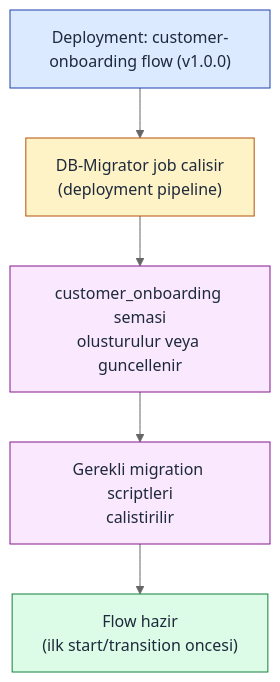
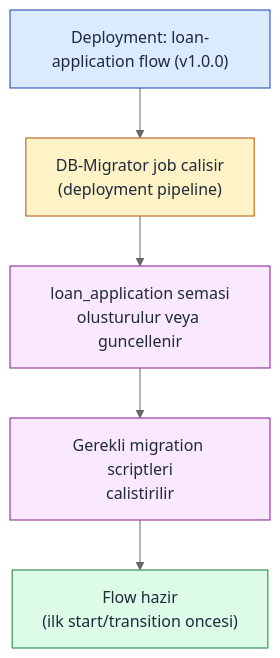
The third of 7 diagrams in architecture/data/database.md (burgan-tech/vnext-docs), drawn with Mermaid (neutral theme) before and after one commit. The commit also changed other lines of this file and 21 other files, not shown here.

````diff
--- a/architecture/data/database.md
+++ b/architecture/data/database.md
@@ -117,13 +117,13 @@
 ```mermaid
 flowchart TB
-  S1["Deployment: customer-onboarding flow (v1.0.0)"] --> S2["DB-Migrator job calisir<br/>(deployment pipeline)"]
-  S2 --> S3["customer_onboarding semasi<br/>olusturulur veya guncellenir"]
+  S1["Deployment: loan-application flow (v1.0.0)"] --> S2["DB-Migrator job calisir<br/>(deployment pipeline)"]
+  S2 --> S3["loan_application semasi<br/>olusturulur veya guncellenir"]
   S3 --> S4["Gerekli migration scriptleri<br/>calistirilir"]
   S4 --> S5["Flow hazir<br/>(ilk start/transition oncesi)"]
 
   style S1 fill:#dbeafe,stroke:#1e40af,color:#1e293b
   style S2 fill:#fef3c7,stroke:#b45309,color:#1e293b
   style S3 fill:#fae8ff,stroke:#86198f,color:#1e293b
   style S4 fill:#fae8ff,stroke:#86198f,color:#1e293b
   style S5 fill:#dcfce7,stroke:#15803d,color:#1e293b
 ```
````
